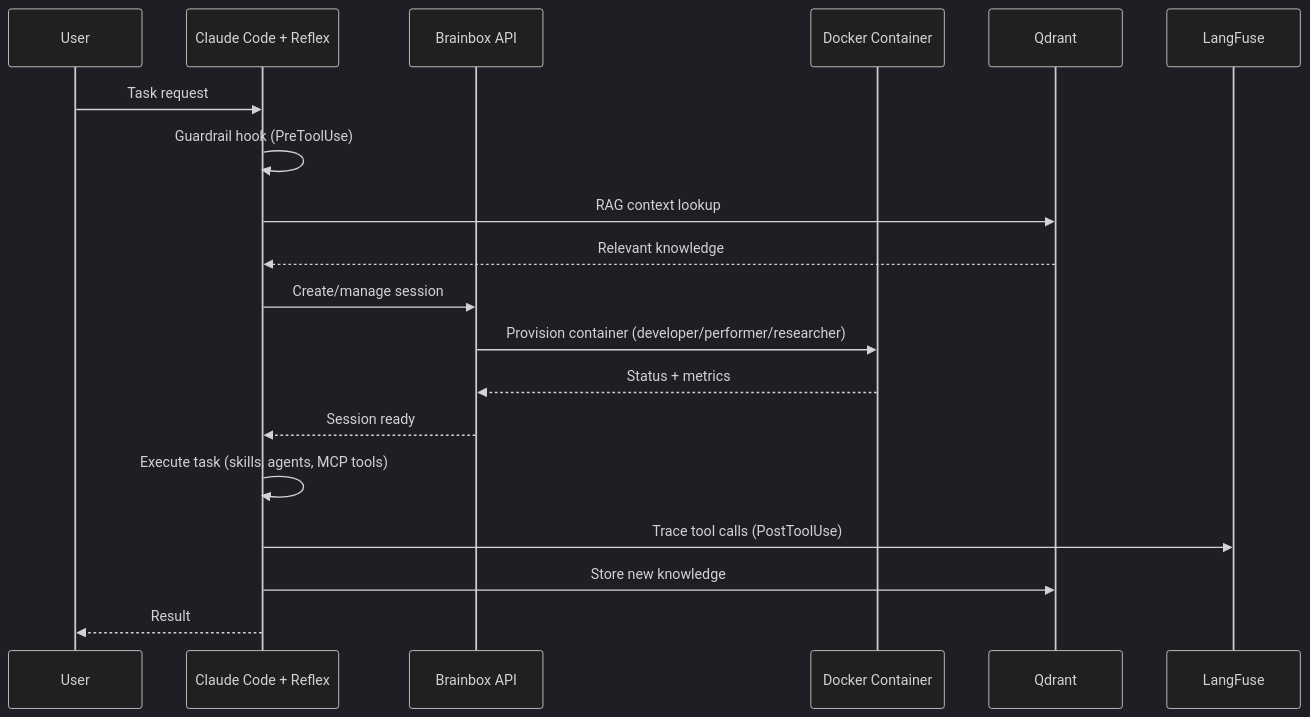
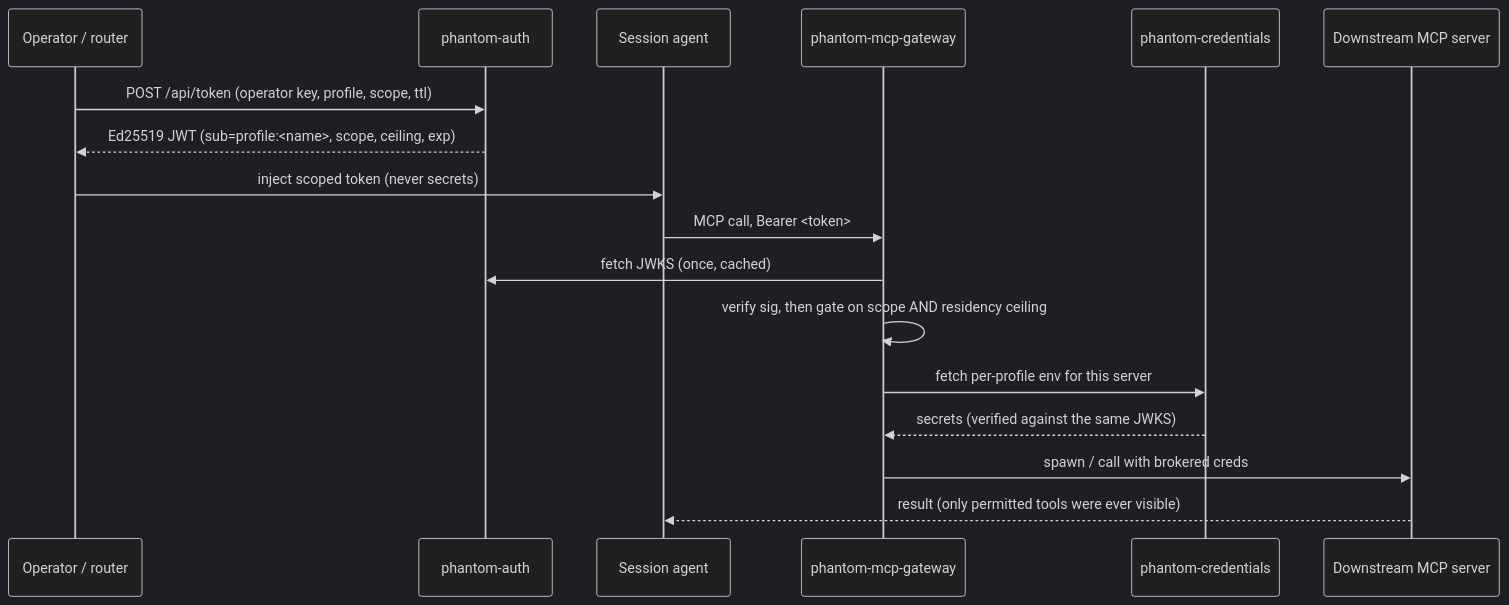
Before and after one commit to neverprepared/phantom-ink: the second of 2 diagrams in docs/architecture-overview.md, drawn with Mermaid (dark theme). The commit also changed other lines of this file and 1 other file, not shown here.

First line of the commit message:
docs: make the architecture overview the canonical platform map (#368)

````diff
--- a/docs/architecture-overview.md
+++ b/docs/architecture-overview.md
@@ -141,22 +95,20 @@
 ```mermaid
 sequenceDiagram
-    participant U as User
-    participant CC as Claude Code + Reflex
-    participant BB as Brainbox API
-    participant D as Docker Container
-    participant Q as Qdrant
-    participant LF as LangFuse
+    participant Op as Operator / router
+    participant Auth as phantom-auth
+    participant Agent as Session agent
+    participant GW as phantom-mcp-gateway
+    participant Creds as phantom-credentials
+    participant Tool as Downstream MCP server
 
-    U->>CC: Task request
-    CC->>CC: Guardrail hook (PreToolUse)
-    CC->>Q: RAG context lookup
-    Q-->>CC: Relevant knowledge
-    CC->>BB: Create/manage session
-    BB->>D: Provision container (developer/performer/researcher)
-    D-->>BB: Status + metrics
-    BB-->>CC: Session ready
-    CC->>CC: Execute task (skills, agents, MCP tools)
-    CC->>LF: Trace tool calls (PostToolUse)
-    CC->>Q: Store new knowledge
-    CC-->>U: Result
+    Op->>Auth: POST /api/token (operator key, profile, scope, ttl)
+    Auth-->>Op: Ed25519 JWT (sub=profile:<name>, scope, ceiling, exp)
+    Op->>Agent: inject scoped token (never secrets)
+    Agent->>GW: MCP call, Bearer <token>
+    GW->>Auth: fetch JWKS (once, cached)
+    GW->>GW: verify sig, then gate on scope AND residency ceiling
+    GW->>Creds: fetch per-profile env for this server
+    Creds-->>GW: secrets (verified against the same JWKS)
+    GW->>Tool: spawn / call with brokered creds
+    Tool-->>Agent: result (only permitted tools were ever visible)
 ```
````
